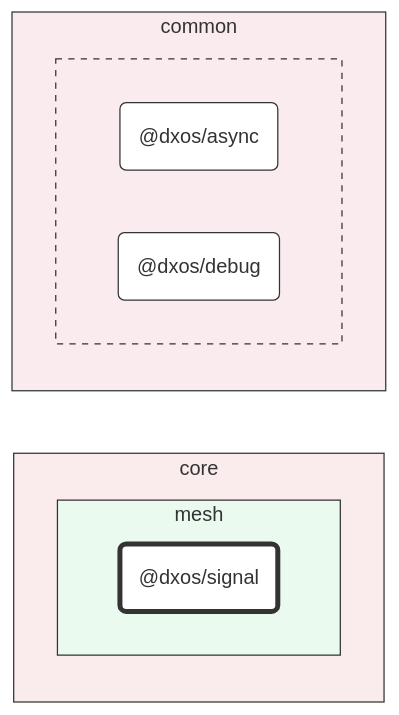
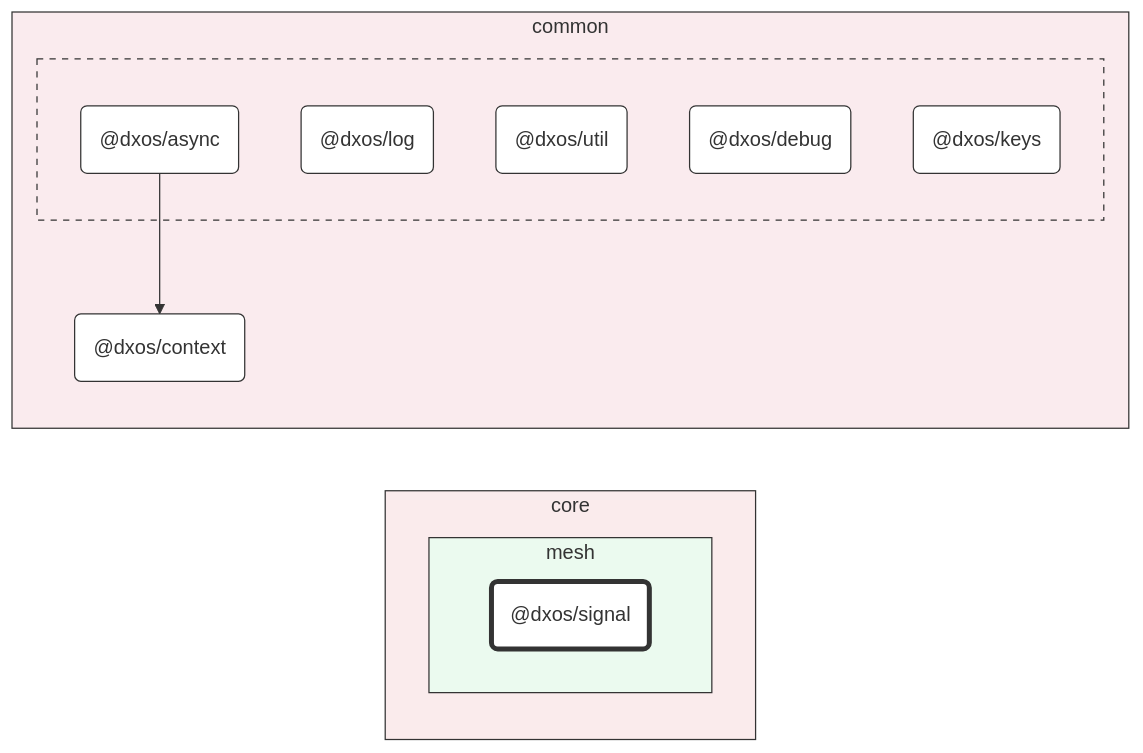
The diagram in packages/core/mesh/signal/docs/README.md (dxos/dxos), drawn with Mermaid before and after one commit. The commit also changed other lines of this file and 95 other files, not shown here.

Commit message:
Class diagrams.

````diff
--- a/packages/core/mesh/signal/docs/README.md
+++ b/packages/core/mesh/signal/docs/README.md
@@ -7,36 +7,45 @@
 ```mermaid
 %%{ init: {'flowchart':{'curve':'basis'}} }%%
 
 flowchart LR
 
 %% Classes
 classDef def fill:#fff,stroke:#333,stroke-width:1px
 classDef root fill:#fff,stroke:#333,stroke-width:4px
 
 %% Nodes
 
 subgraph core [core]
   style core fill:#faebec,stroke:#333
 
   subgraph mesh [mesh]
     style mesh fill:#ebfaef,stroke:#333
     dxos/signal("@dxos/signal"):::root
     click dxos/signal "dxos/dxos/tree/main/packages/core/mesh/signal/docs"
   end
 end
 
 subgraph common [common]
   style common fill:#faebee,stroke:#333
+  dxos/context("@dxos/context"):::def
+  click dxos/context "dxos/dxos/tree/main/packages/common/context/docs"
 
   subgraph _ [ ]
     style _ fill:#faebee,stroke:#333,stroke-dasharray:5 5
     dxos/async("@dxos/async"):::def
     click dxos/async "dxos/dxos/tree/main/packages/common/async/docs"
+    dxos/log("@dxos/log"):::def
+    click dxos/log "dxos/dxos/tree/main/packages/common/log/docs"
+    dxos/util("@dxos/util"):::def
+    click dxos/util "dxos/dxos/tree/main/packages/common/util/docs"
     dxos/debug("@dxos/debug"):::def
     click dxos/debug "dxos/dxos/tree/main/packages/common/debug/docs"
+    dxos/keys("@dxos/keys"):::def
+    click dxos/keys "dxos/dxos/tree/main/packages/common/keys/docs"
   end
 end
 
 %% Links
 linkStyle default stroke:#333,stroke-width:1px
+dxos/async --> dxos/context
 ```
````
